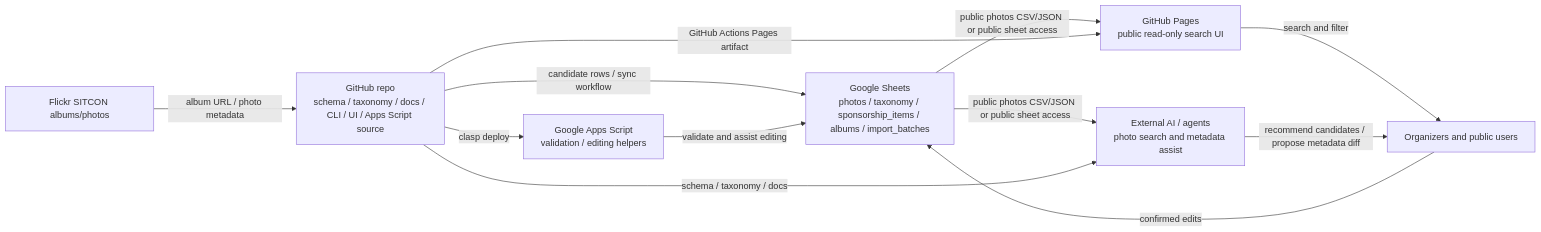
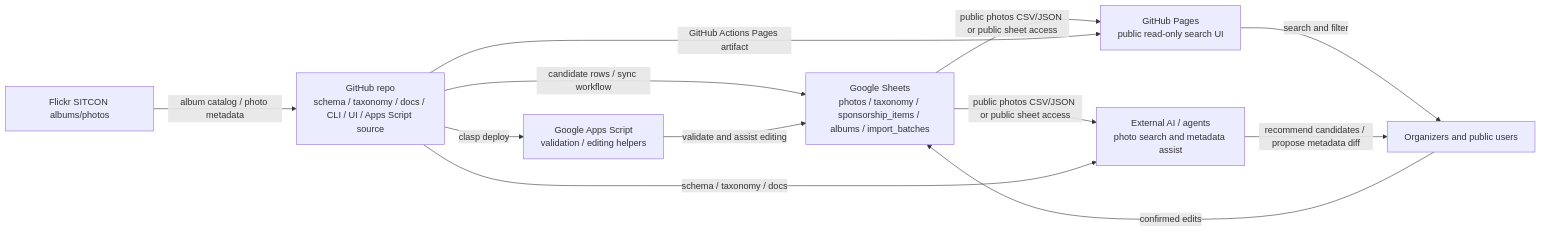
One commit to sitcon-tw/flickr-photo-finder changed the first of 4 diagrams in docs/project-architecture.md. Above: the diagram before and after it, drawn with Mermaid. The commit also changed other lines of this file and 7 other files, not shown here.

````diff
--- a/docs/project-architecture.md
+++ b/docs/project-architecture.md
@@ -23,22 +23,22 @@
 ```mermaid
 flowchart LR
   Flickr[Flickr SITCON albums/photos]
   Repo[GitHub repo<br/>schema / taxonomy / docs / CLI / UI / Apps Script source]
   Sheets[Google Sheets<br/>photos / taxonomy / sponsorship_items / albums / import_batches]
   AppsScript[Google Apps Script<br/>validation / editing helpers]
   Pages[GitHub Pages<br/>public read-only search UI]
   AI[External AI / agents<br/>photo search and metadata assist]
   Users[Organizers and public users]
 
-  Flickr -->|album URL / photo metadata| Repo
+  Flickr -->|album catalog / photo metadata| Repo
   Repo -->|candidate rows / sync workflow| Sheets
   Repo -->|clasp deploy| AppsScript
   AppsScript -->|validate and assist editing| Sheets
   Sheets -->|public photos CSV/JSON or public sheet access| Pages
   Sheets -->|public photos CSV/JSON or public sheet access| AI
   Repo -->|schema / taxonomy / docs| AI
   Repo -->|GitHub Actions Pages artifact| Pages
   Pages -->|search and filter| Users
   AI -->|recommend candidates / propose metadata diff| Users
   Users -->|confirmed edits| Sheets
 ```
````
